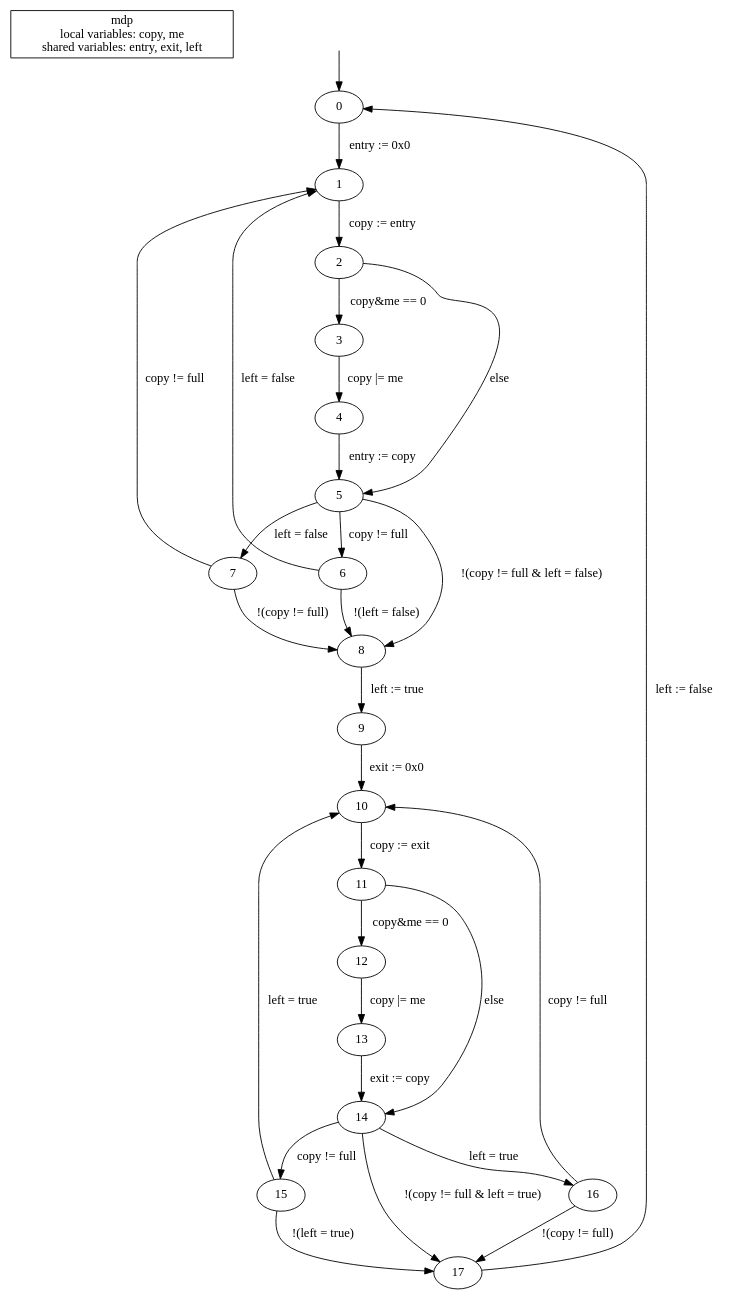
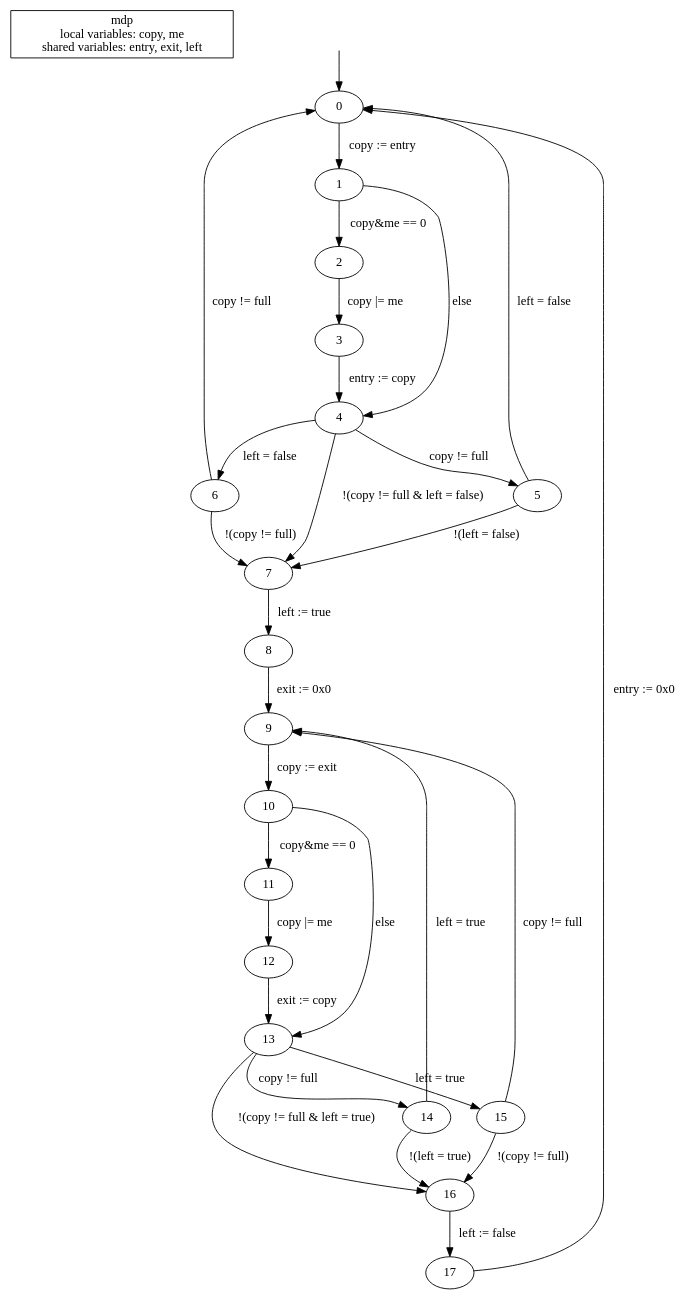
One commit to hydroo/minor-thesis-barriers changed the diagram in barrier-attempt/model-prism-mdp/model.dot. Above: the diagram before and after it, drawn with Graphviz. The commit also changed 3 other files, not shown here.

```diff
--- a/barrier-attempt/model-prism-mdp/model.dot
+++ b/barrier-attempt/model-prism-mdp/model.dot
@@ -1,42 +1,42 @@
 digraph {
 
 	"mdp\nlocal variables: copy, me\nshared variables: entry, exit, left" [nojustify=true, shape=box]
 	
 	initial_state_source [style=invis]
 	initial_state_source -> "0"
 
-	"0"  -> "1"  [weight=10, label="entry := 0x0"]
-	"1"  -> "2"  [weight=10, label="copy := entry"]
+	"0"  -> "1"  [weight=10, label="copy := entry"]
 
-	"2"  -> "3"  [weight=10, label="copy&me == 0"]
-	"3"  -> "4"  [weight=10, label="copy |= me"]
-	"4"  -> "5"  [weight=10, label="entry := copy"]
-	"2"  -> "5"  [label="else"]
+	"1"  -> "2"  [weight=10, label="copy&me == 0"]
+	"2"  -> "3"  [weight=10, label="copy |= me"]
+	"3"  -> "4"  [weight=10, label="entry := copy"]
+	"1"  -> "4"  [label="else"]
 
-	"5"  -> "6"  [label="copy != full"]
-	"5"  -> "7"  [label="left = false"]
-	"5"  -> "8"  [label="!(copy != full & left = false)"]
-	"6"  -> "1"  [label="left = false"]
-	"6"  -> "8"  [label="!(left = false)"]
-	"7"  -> "1"  [label="copy != full"]
-	"7"  -> "8"  [label="!(copy != full)"]
+	"4"  -> "5"  [label="copy != full"]
+	"4"  -> "6"  [label="left = false"]
+	"4"  -> "7"  [label="!(copy != full & left = false)"]
+	"5"  -> "0"  [label="left = false"]
+	"5"  -> "7"  [label="!(left = false)"]
+	"6"  -> "0"  [label="copy != full"]
+	"6"  -> "7"  [label="!(copy != full)"]
 
-	"8"  -> "9"  [weight=10, label="left := true"]
-	"9"  -> "10" [weight=10, label="exit := 0x0"]
+	"7"  -> "8"  [weight=10, label="left := true"]
+	"8"  -> "9"  [weight=10, label="exit := 0x0"]
 
-	"10" -> "11" [weight=10, label="copy := exit"]
-	"11" -> "12" [weight=10, label="copy&me == 0"]
-	"12" -> "13" [weight=10, label="copy |= me"]
-	"13" -> "14" [weight=10, label="exit := copy"]
-	"11" -> "14" [label="else"]
+	"9"  -> "10" [weight=10, label="copy := exit"]
+	"10" -> "11" [weight=10, label="copy&me == 0"]
+	"11" -> "12" [weight=10, label="copy |= me"]
+	"12" -> "13" [weight=10, label="exit := copy"]
+	"10" -> "13" [label="else"]
 
-	"14" -> "15" [label="copy != full"]
-	"14" -> "16" [label="left = true"]
-	"14" -> "17" [label="!(copy != full & left = true)"]
-	"15" -> "10" [label="left = true"]
-	"15" -> "17" [label="!(left = true)"]
-	"16" -> "10" [label="copy != full"]
-	"16" -> "17" [label="!(copy != full)"]
+	"13" -> "14" [label="copy != full"]
+	"13" -> "15" [label="left = true"]
+	"13" -> "16" [label="!(copy != full & left = true)"]
+	"14" -> "9"  [label="left = true"]
+	"14" -> "16" [label="!(left = true)"]
+	"15" -> "9"  [label="copy != full"]
+	"15" -> "16" [label="!(copy != full)"]
 
-	"17" -> "0"  [label="left := false"]
+	"16" -> "17" [weight=10, label="left := false"]
+	"17" -> "0"  [label="entry := 0x0"]
 }
```
